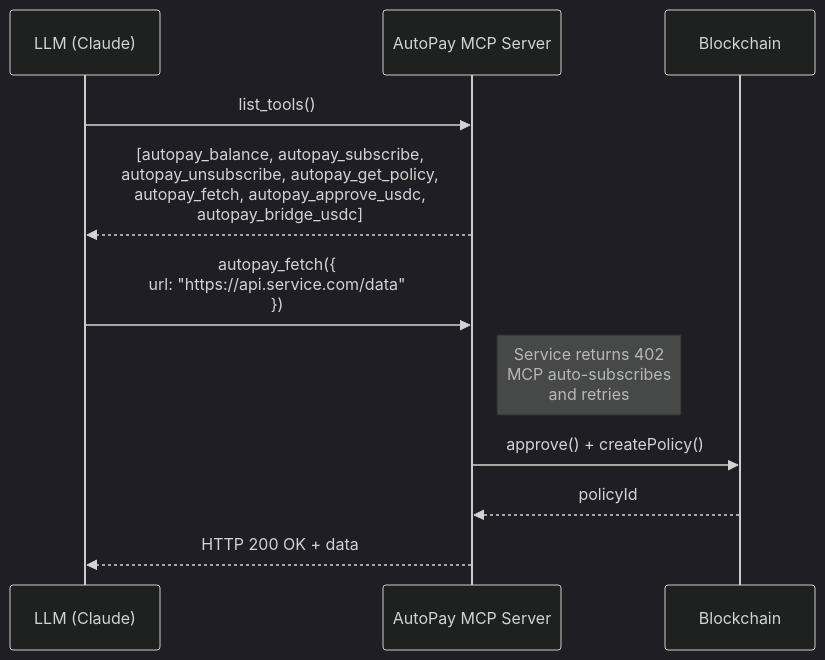
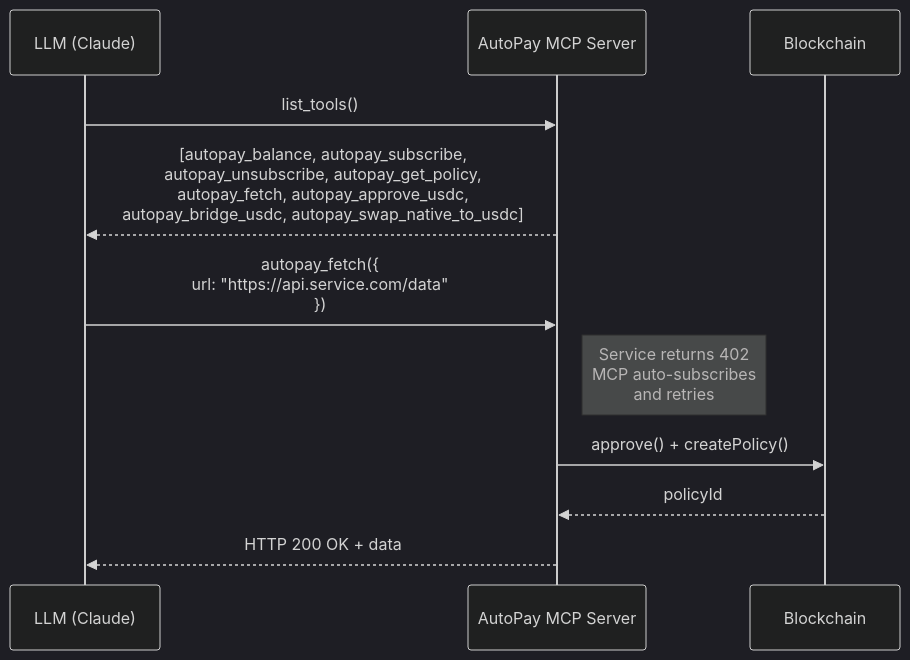
Before and after one commit to apeoverflow/Auto-Pay-Protocol: the ninth of 12 diagrams in documentation/AGENT_ARCHITECTURE.md, drawn with Mermaid (dark theme). The commit also changed other lines of this file and 4 other files, not shown here.

````diff
--- a/documentation/AGENT_ARCHITECTURE.md
+++ b/documentation/AGENT_ARCHITECTURE.md
@@ -477,15 +474,15 @@
 ```mermaid
 sequenceDiagram
     participant LLM as LLM (Claude)
     participant MCP as AutoPay MCP Server
     participant Chain as Blockchain
 
     LLM->>MCP: list_tools()
-    MCP-->>LLM: [autopay_balance, autopay_subscribe,<br/>autopay_unsubscribe, autopay_get_policy,<br/>autopay_fetch, autopay_approve_usdc,<br/>autopay_bridge_usdc]
+    MCP-->>LLM: [autopay_balance, autopay_subscribe,<br/>autopay_unsubscribe, autopay_get_policy,<br/>autopay_fetch, autopay_approve_usdc,<br/>autopay_bridge_usdc, autopay_swap_native_to_usdc]
 
     LLM->>MCP: autopay_fetch({<br/>  url: "https://api.service.com/data"<br/>})
     Note right of MCP: Service returns 402<br/>MCP auto-subscribes<br/>and retries
     MCP->>Chain: approve() + createPolicy()
     Chain-->>MCP: policyId
     MCP-->>LLM: HTTP 200 OK + data
 ```
````
